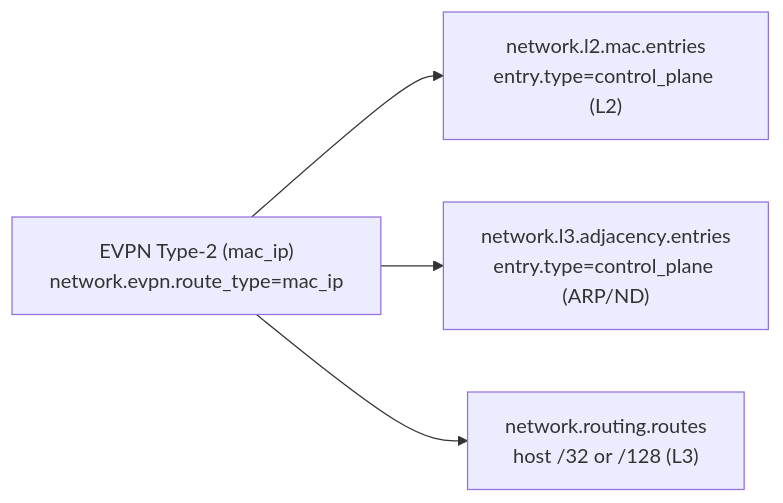
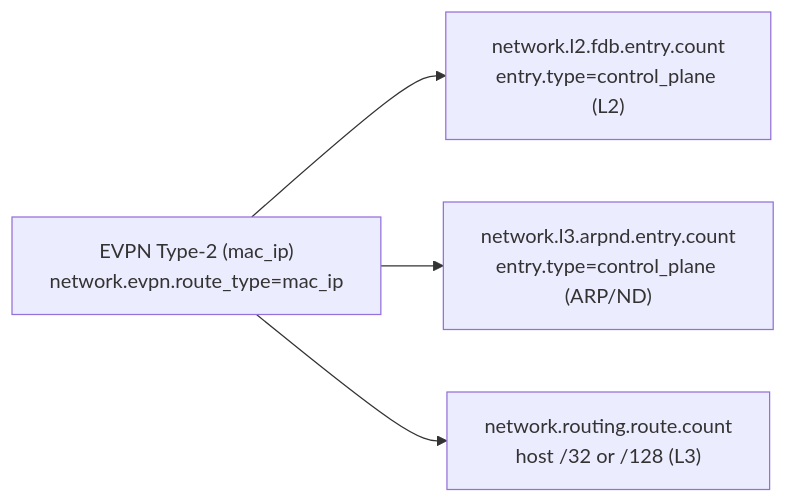
Before and after one commit to jksmth/semantic-conventions-network: the second of 2 diagrams in examples/dc-fabric/README.md, drawn with Mermaid. The commit also changed other lines of this file and 297 other files, not shown here.

````diff
--- a/examples/dc-fabric/README.md
+++ b/examples/dc-fabric/README.md
@@ -176,7 +176,7 @@
 ```mermaid
 graph LR
     T2["EVPN Type-2 (mac_ip)<br/>network.evpn.route_type=mac_ip"]
-    T2 --> L2["network.l2.mac.entries<br/>entry.type=control_plane (L2)"]
-    T2 --> L3["network.l3.adjacency.entries<br/>entry.type=control_plane (ARP/ND)"]
-    T2 --> RIB["network.routing.routes<br/>host /32 or /128 (L3)"]
+    T2 --> L2["network.l2.fdb.entry.count<br/>entry.type=control_plane (L2)"]
+    T2 --> L3["network.l3.arpnd.entry.count<br/>entry.type=control_plane (ARP/ND)"]
+    T2 --> RIB["network.routing.route.count<br/>host /32 or /128 (L3)"]
 ```
````
